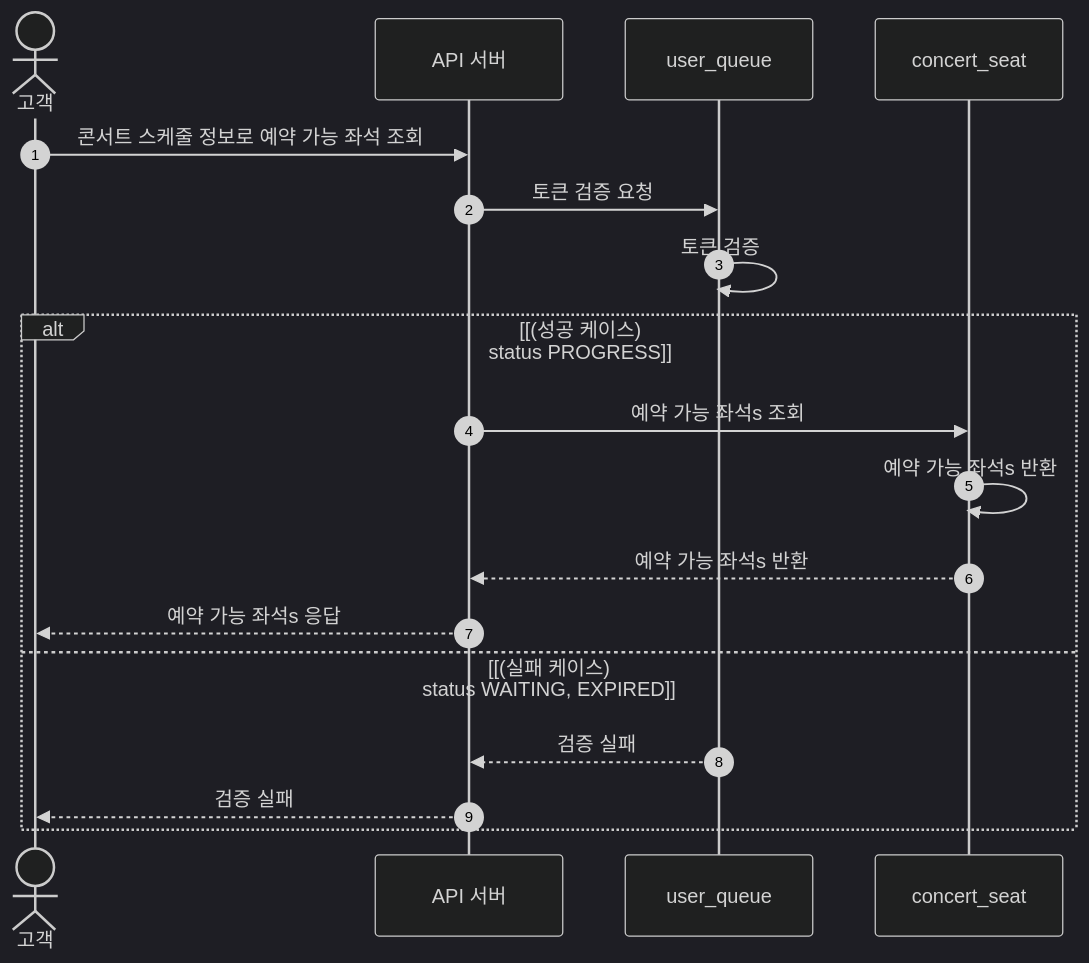
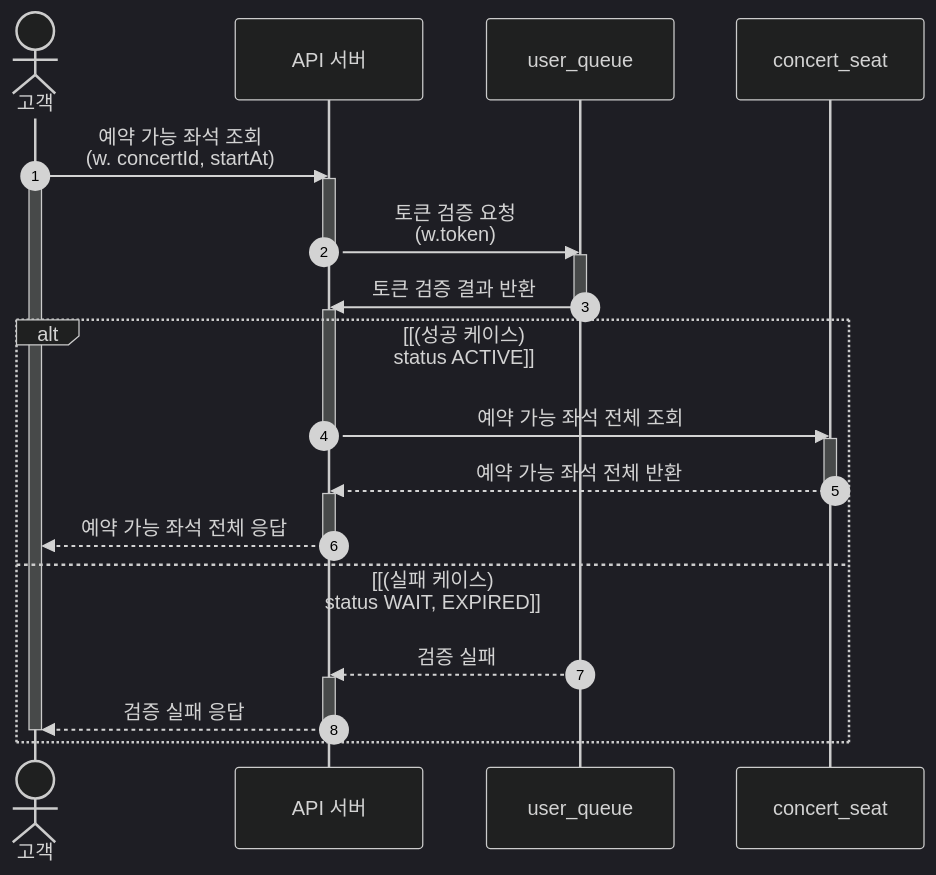
Before and after one commit to hwivelop/concert-reservation: the fifth of 9 diagrams in docs/SEQUENCE.md, drawn with Mermaid (dark theme). The commit also changed other lines of this file and 3 other files, not shown here.

````diff
--- a/docs/SEQUENCE.md
+++ b/docs/SEQUENCE.md
@@ -71,22 +167,35 @@
 ```mermaid
 sequenceDiagram
     autonumber
 %%  선언부
     actor member as 고객
     participant api as API 서버
     participant queue as user_queue
     participant seat as concert_seat
 %%  구현부
-    member ->> api: 콘서트 스케줄 정보로 예약 가능 좌석 조회
-    api ->> queue: 토큰 검증 요청
-    queue ->> queue: 토큰 검증
-    alt [(성공 케이스)<br>status PROGRESS]
-        api ->> seat: 예약 가능 좌석s 조회
-        seat ->> seat: 예약 가능 좌석s 반환
-        seat -->> api: 예약 가능 좌석s 반환
-        api -->> member: 예약 가능 좌석s 응답
-    else [(실패 케이스)<br>status WAITING, EXPIRED]
+    member ->> api: 예약 가능 좌석 조회<br>(w. concertId, startAt)
+    activate member
+    activate api
+    api ->> queue: 토큰 검증 요청<br>(w.token)
+    deactivate api
+    activate queue
+    queue ->> api: 토큰 검증 결과 반환
+    deactivate queue
+    activate api
+    alt [(성공 케이스)<br>status ACTIVE]
+        api ->> seat: 예약 가능 좌석 전체 조회
+        deactivate api
+        activate seat
+        seat -->> api: 예약 가능 좌석 전체 반환
+        deactivate seat
+        activate api
+        api -->> member: 예약 가능 좌석 전체 응답
+        deactivate api
+    else [(실패 케이스)<br>status WAIT, EXPIRED]
         queue -->> api: 검증 실패
-        api -->> member: 검증 실패
+        activate api
+        api -->> member: 검증 실패 응답
+        deactivate api
+        deactivate member
     end
 ```
````
